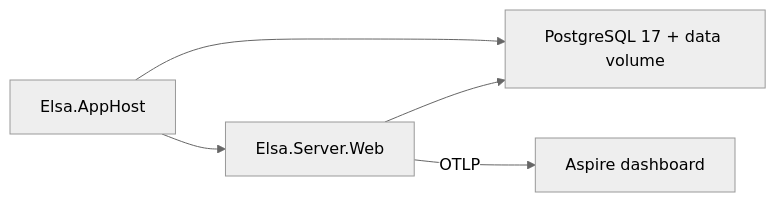
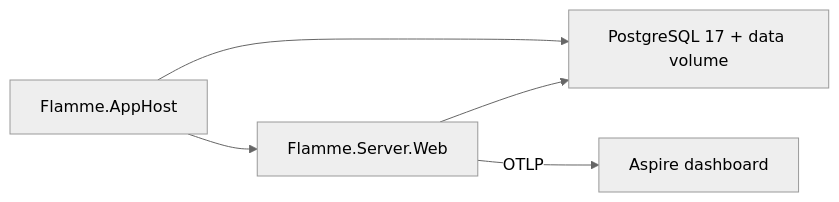
One commit to DenDeline/flamme-contributions changed the diagram in doc/aspire-development.md. Above: the diagram before and after it, drawn with Mermaid (neutral theme). The commit also changed other lines of this file and 8355 other files, not shown here.

First line of the commit message:
refactor(dotnet)!: rename packages, namespaces, and host APIs to Flamme (#76)

````diff
--- a/doc/aspire-development.md
+++ b/doc/aspire-development.md
@@ -8,7 +8,7 @@
 ```mermaid
 flowchart LR
-    AppHost[Elsa.AppHost] --> Postgres[PostgreSQL 17 + data volume]
-    AppHost --> Server[Elsa.Server.Web]
+    AppHost[Flamme.AppHost] --> Postgres[PostgreSQL 17 + data volume]
+    AppHost --> Server[Flamme.Server.Web]
     Server --> Postgres
     Server -->|OTLP| Dashboard[Aspire dashboard]
 ```
````
